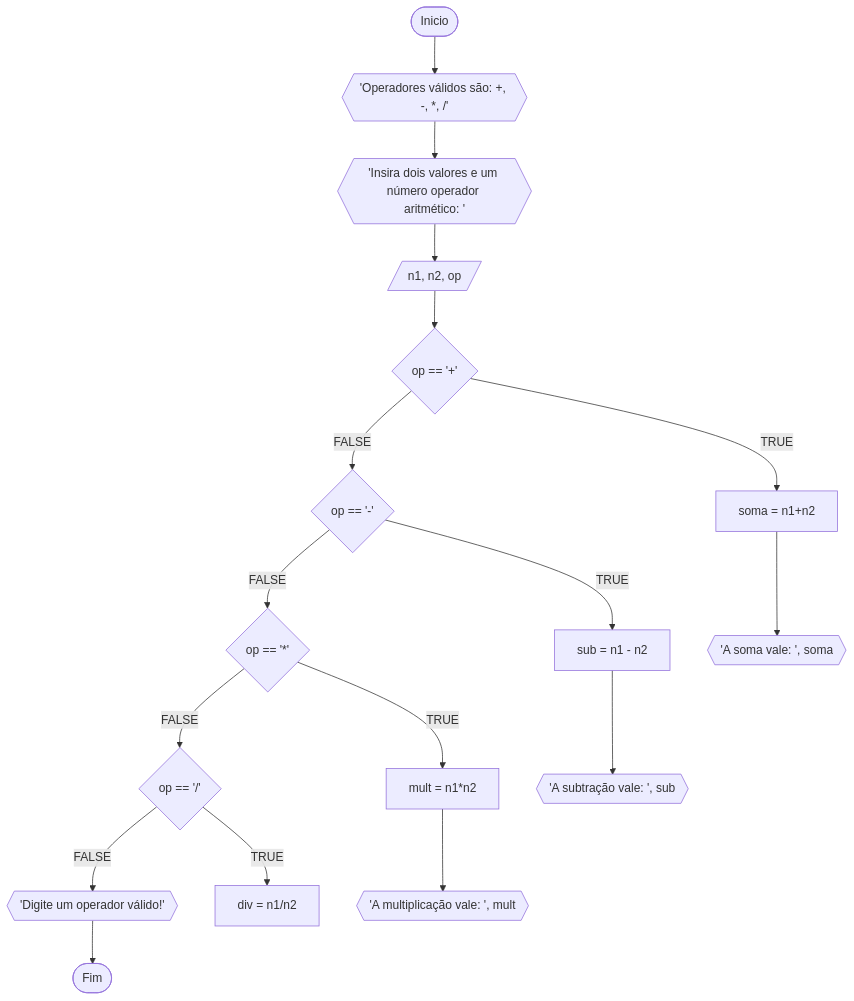
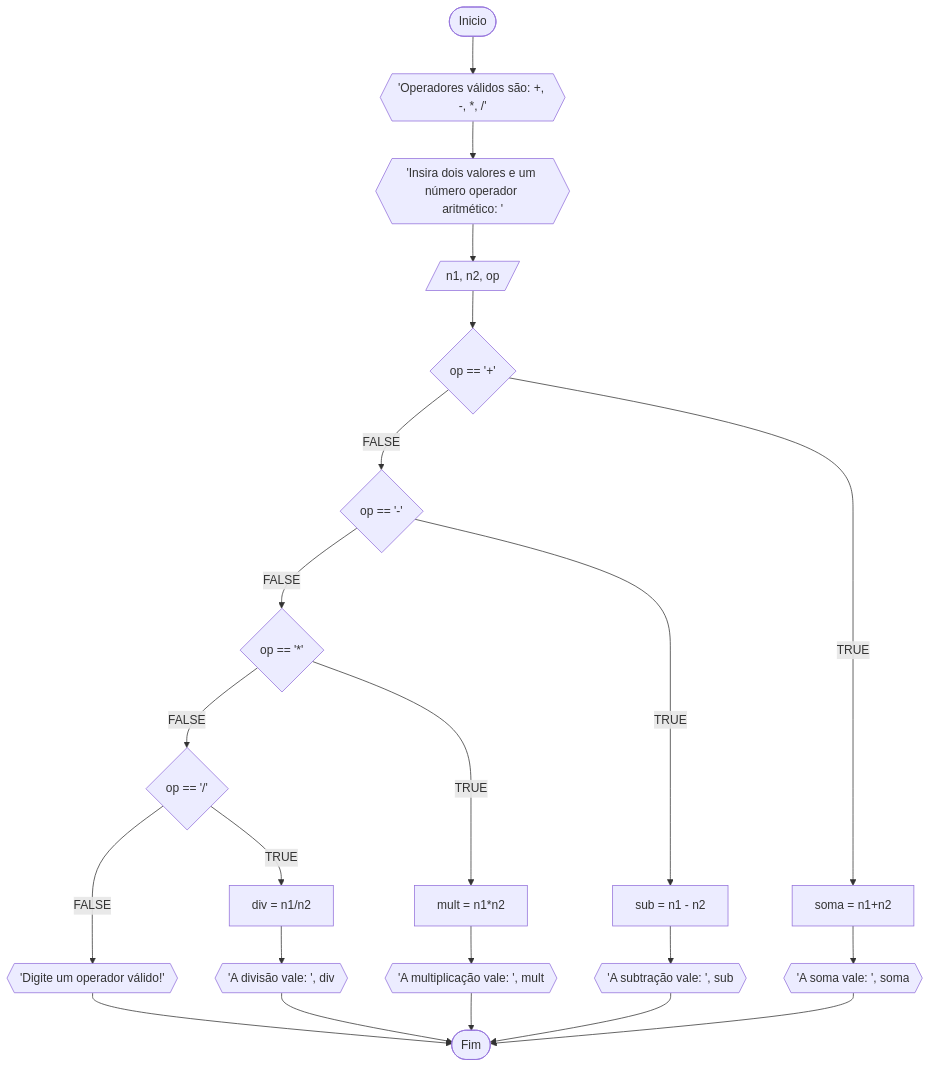
Before and after one commit to stuffxdd/Unifor: the fourth of 5 diagrams in RLA/unidade 1/lista2.md, drawn with Mermaid. The commit also changed other lines of this file, not shown here.

````diff
--- a/RLA/unidade 1/lista2.md
+++ b/RLA/unidade 1/lista2.md
@@ -131,22 +131,23 @@
 ```mermaid
 flowchart TD
 
 
 A([Inicio]) --> B{{'Operadores válidos são: +, -, *, /'}}
 B --> BB{{'Insira dois valores e um número operador aritmético: '}}
 BB--> C[/n1, n2, op/]
 
 C --> D{op == '+'}
 D --FALSE-->E{op == '-'}
 E --FALSE--> F{op == '*'}
 F --FALSE--> G{op == '/'}
 G --FALSE--> H{{'Digite um operador válido!'}} --> Z
-D --TRUE--> I[soma = n1+n2]
-I --> J{{'A soma vale: ', soma}}
+D --TRUE--> I[soma = n1+n2] 
+I --> J{{'A soma vale: ', soma}} --> Z 
 E --TRUE--> K[sub = n1 - n2]
-K --> L{{'A subtração vale: ', sub}}
+K --> L{{'A subtração vale: ', sub}} --> Z
 F --TRUE--> M[mult = n1*n2]
-M --> N{{'A multiplicação vale: ', mult}}
+M --> N{{'A multiplicação vale: ', mult}} --> Z
 G --TRUE--> O[div = n1/n2]
+O --> P{{'A divisão vale: ', div}} --> Z
 Z([Fim])
 ```
````
